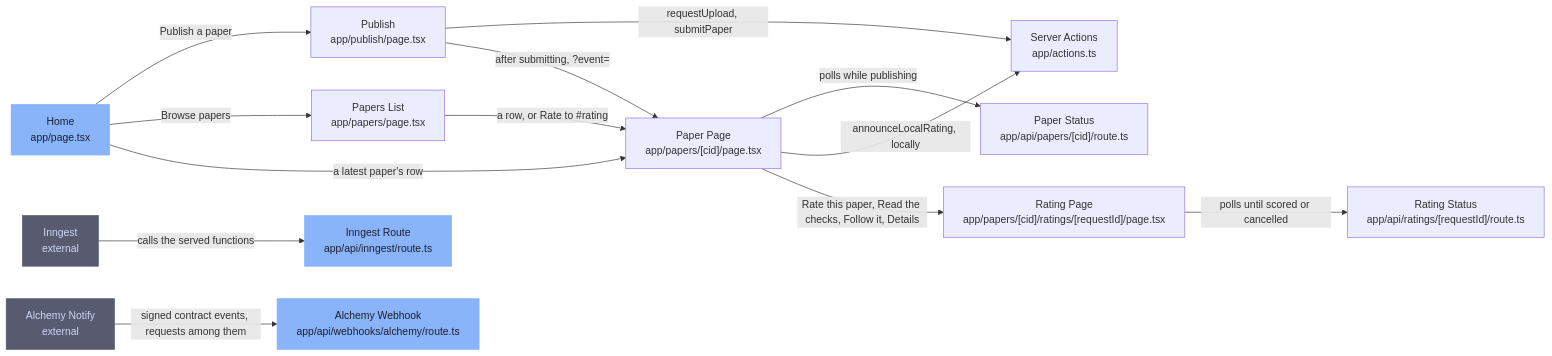
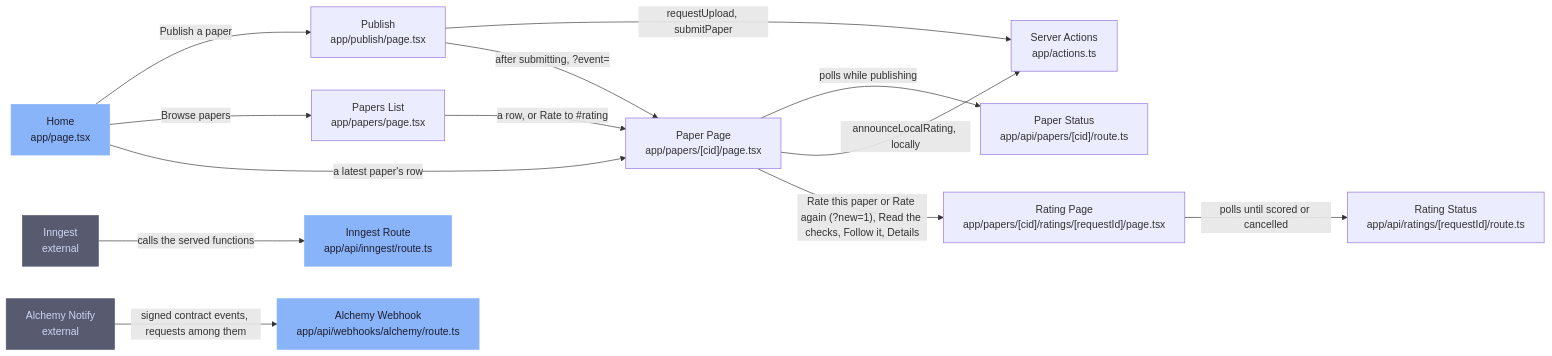
Before and after one commit to SiegfriedBz/labstrail: the diagram in .omm/route-page-map/diagram.mmd, drawn with Mermaid. The commit also changed 46 other files, not shown here.

```diff
--- a/.omm/route-page-map/diagram.mmd
+++ b/.omm/route-page-map/diagram.mmd
@@ -1,17 +1,17 @@
 graph LR
     home["Home\napp/page.tsx"] -->|"Publish a paper"| publish["Publish\napp/publish/page.tsx"]
     home -->|"Browse papers"| papers["Papers List\napp/papers/page.tsx"]
     home -->|"a latest paper's row"| paper["Paper Page\napp/papers/[cid]/page.tsx"]
     papers -->|"a row, or Rate to #rating"| paper
     publish -->|"requestUpload, submitPaper"| server-actions["Server Actions\napp/actions.ts"]
     publish -->|"after submitting, ?event=<id>"| paper
     paper -->|"polls while publishing"| api-papers["Paper Status\napp/api/papers/[cid]/route.ts"]
     paper -->|"announceLocalRating, locally"| server-actions
-    paper -->|"Rate this paper, Read the checks, Follow it, Details"| rating["Rating Page\napp/papers/[cid]/ratings/[requestId]/page.tsx"]
+    paper -->|"Rate this paper or Rate again (?new=1), Read the checks, Follow it, Details"| rating["Rating Page\napp/papers/[cid]/ratings/[requestId]/page.tsx"]
     rating -->|"polls until scored or cancelled"| api-ratings["Rating Status\napp/api/ratings/[requestId]/route.ts"]
     inngest["Inngest\nexternal"] -->|"calls the served functions"| inngest-route["Inngest Route\napp/api/inngest/route.ts"]
     alchemy-notify["Alchemy Notify\nexternal"] -->|"signed contract events, requests among them"| api-webhooks["Alchemy Webhook\napp/api/webhooks/alchemy/route.ts"]
     classDef entry fill:#89b4fa,stroke:#89b4fa,color:#1e1e2e
     classDef external fill:#585b70,stroke:#585b70,color:#cdd6f4
     class home,inngest-route,api-webhooks entry
     class inngest,alchemy-notify external
```
